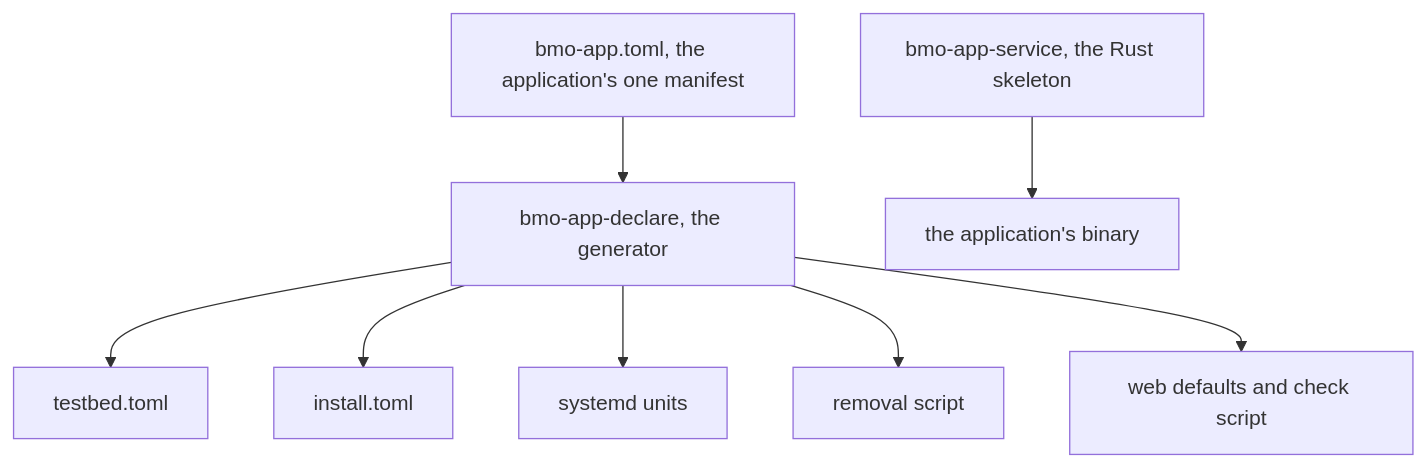
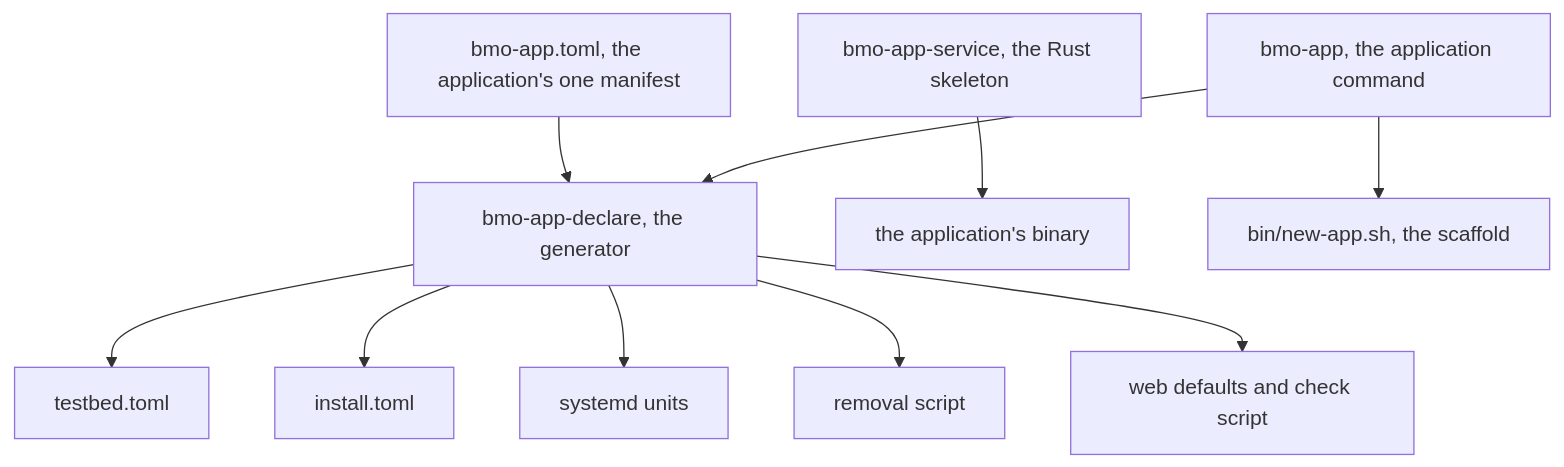
One commit to ahas/bmo-app-sdk changed the diagram in docs/design.md. Above: the diagram before and after it, drawn with Mermaid. The commit also changed other lines of this file and 17 other files, not shown here.

First line of the commit message:
feat: add the bmo app unit command fronting the scaffold and generator

````diff
--- a/docs/design.md
+++ b/docs/design.md
@@ -28,10 +29,12 @@
 ```mermaid
 flowchart TD
   M[bmo-app.toml, the application's one manifest] --> D[bmo-app-declare, the generator]
   D --> T[testbed.toml]
   D --> I[install.toml]
   D --> U[systemd units]
   D --> R[removal script]
   D --> W[web defaults and check script]
   S[bmo-app-service, the Rust skeleton] --> A[the application's binary]
+  C[bmo-app, the application command] --> D
+  C --> N[bin/new-app.sh, the scaffold]
 ```
````
